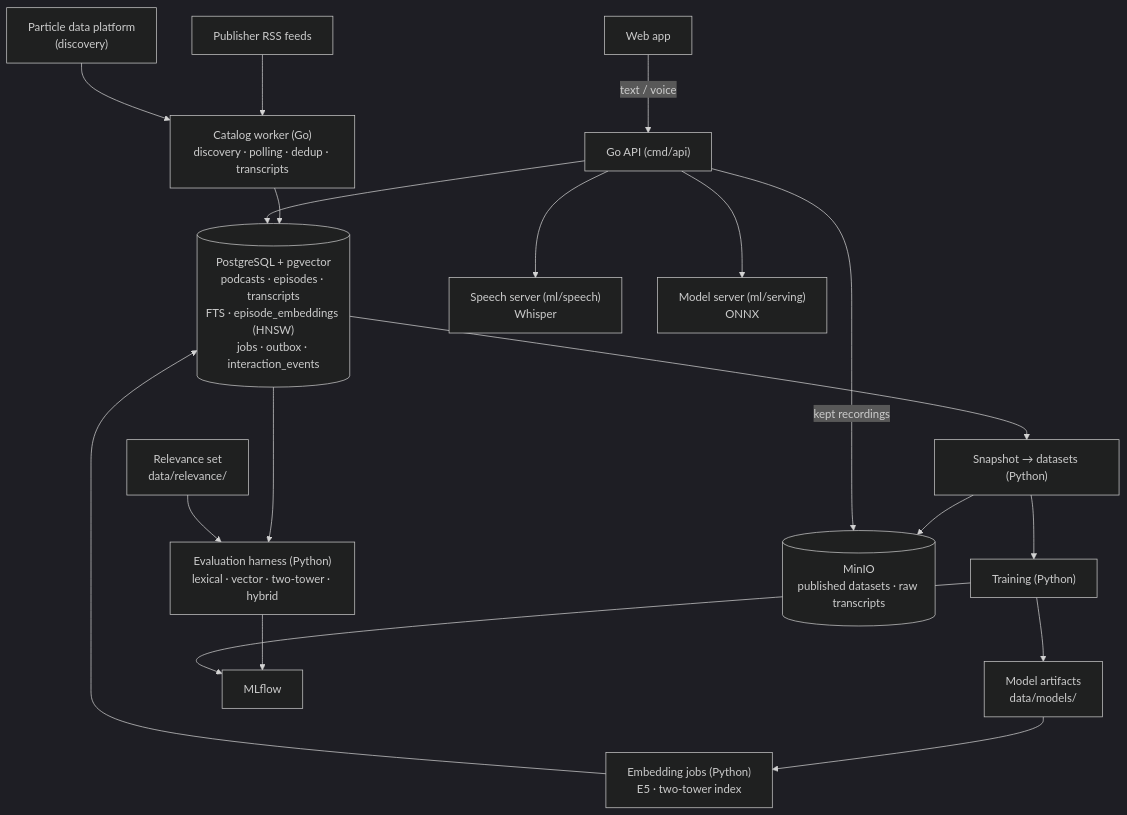
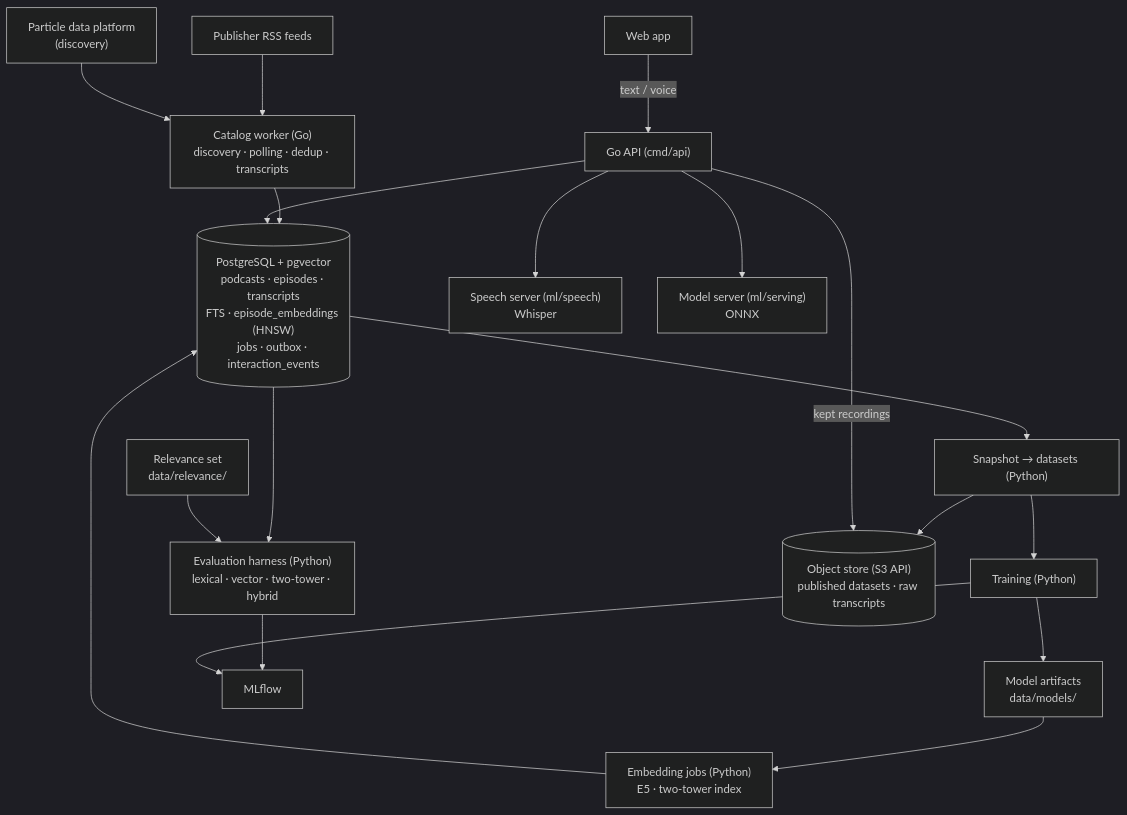
Before and after one commit to poornanat1/podcast-retrieval: the diagram in docs/01-architecture.md, drawn with Mermaid (dark theme). The commit also changed other lines of this file and 17 other files, not shown here.

First line of the commit message:
feat: talk to object storage through the S3 API instead of MinIO clients

````diff
--- a/docs/01-architecture.md
+++ b/docs/01-architecture.md
@@ -3,21 +3,21 @@
 ```mermaid
 flowchart TB
     FEEDS["Publisher RSS feeds"] --> CW["Catalog worker (Go)<br/>discovery · polling · dedup · transcripts"]
     PART["Particle data platform<br/>(discovery)"] --> CW
     CW --> PG[("PostgreSQL + pgvector<br/>podcasts · episodes · transcripts<br/>FTS · episode_embeddings (HNSW)<br/>jobs · outbox · interaction_events")]
     EMB["Embedding jobs (Python)<br/>E5 · two-tower index"] --> PG
     PG --> SNAP["Snapshot → datasets (Python)"]
     SNAP --> TRAIN["Training (Python)"]
     TRAIN --> ART["Model artifacts<br/>data/models/"]
     ART --> EMB
     PG --> EVAL["Evaluation harness (Python)<br/>lexical · vector · two-tower · hybrid"]
     REL["Relevance set<br/>data/relevance/"] --> EVAL
     EVAL --> MLF["MLflow"]
     TRAIN --> MLF
-    SNAP --> MINIO[("MinIO<br/>published datasets · raw transcripts")]
+    SNAP --> S3[("Object store (S3 API)<br/>published datasets · raw transcripts")]
     WEB["Web app"] -->|"text / voice"| API["Go API (cmd/api)"]
     API --> STT["Speech server (ml/speech)<br/>Whisper"]
     API --> MS["Model server (ml/serving)<br/>ONNX"]
     API --> PG
-    API -->|"kept recordings"| MINIO
+    API -->|"kept recordings"| S3
 ```
````
